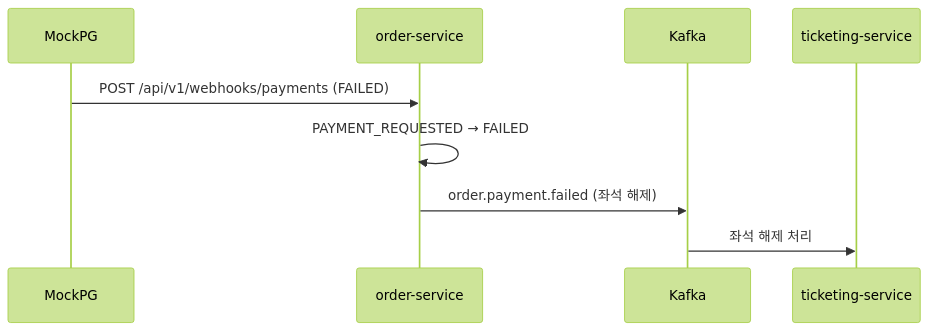
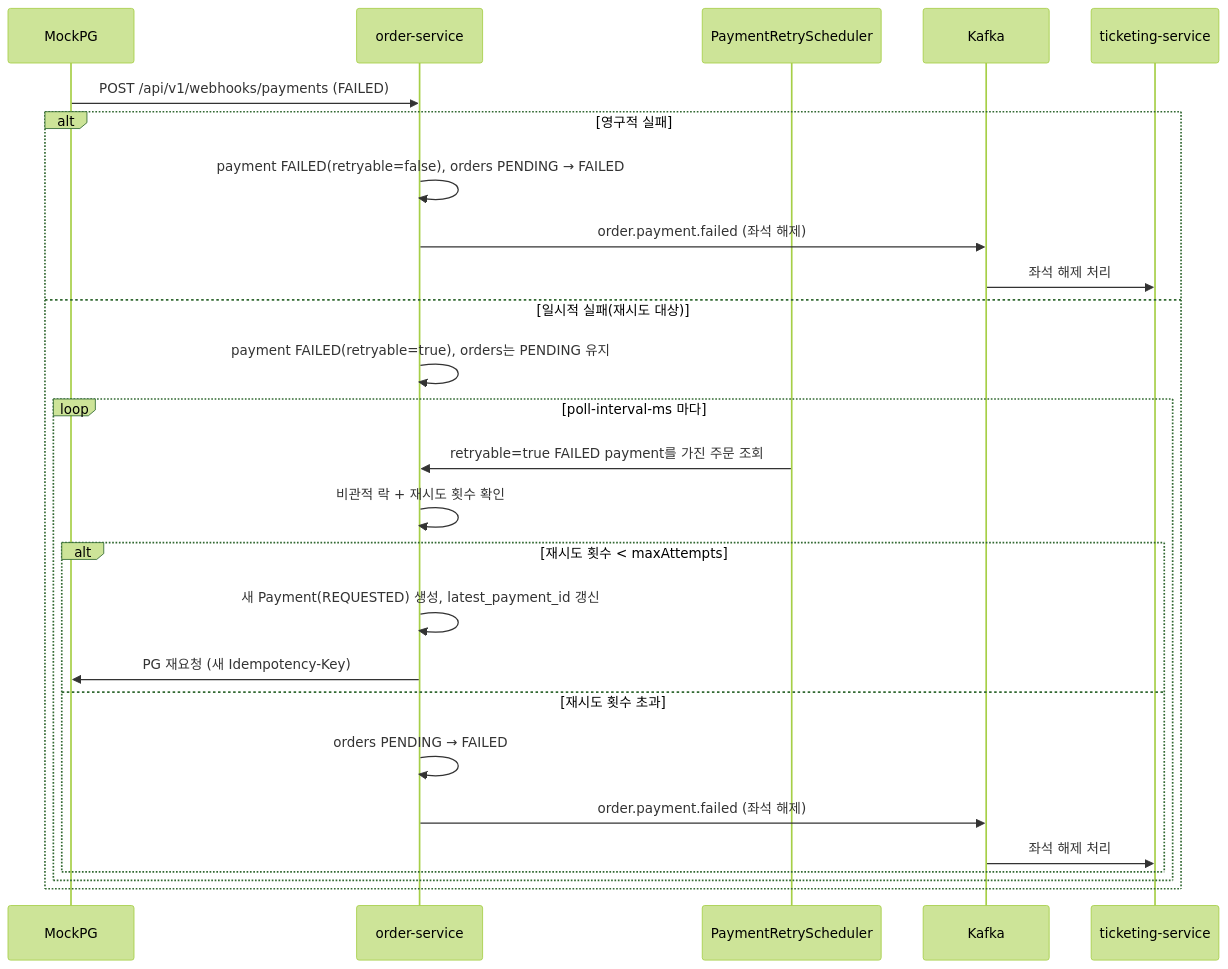
Before and after one commit to 6pm-sparta/6pm: the fifth of 8 diagrams in docs/order-service/flows.md, drawn with Mermaid (forest theme). The commit also changed other lines of this file and 12 other files, not shown here.

````diff
--- a/docs/order-service/flows.md
+++ b/docs/order-service/flows.md
@@ -191,12 +193,30 @@
 ```mermaid
 sequenceDiagram
     participant PG as MockPG
     participant O as order-service
+    participant S as PaymentRetryScheduler
     participant K as Kafka
     participant T as ticketing-service
 
     PG->>O: POST /api/v1/webhooks/payments (FAILED)
-    O->>O: PAYMENT_REQUESTED → FAILED
-    O->>K: order.payment.failed (좌석 해제)
-    K->>T: 좌석 해제 처리
+    alt 영구적 실패
+        O->>O: payment FAILED(retryable=false), orders PENDING → FAILED
+        O->>K: order.payment.failed (좌석 해제)
+        K->>T: 좌석 해제 처리
+    else 일시적 실패(재시도 대상)
+        O->>O: payment FAILED(retryable=true), orders는 PENDING 유지
+
+        loop poll-interval-ms 마다
+            S->>O: retryable=true FAILED payment를 가진 주문 조회
+            O->>O: 비관적 락 + 재시도 횟수 확인
+            alt 재시도 횟수 < maxAttempts
+                O->>O: 새 Payment(REQUESTED) 생성, latest_payment_id 갱신
+                O->>PG: PG 재요청 (새 Idempotency-Key)
+            else 재시도 횟수 초과
+                O->>O: orders PENDING → FAILED
+                O->>K: order.payment.failed (좌석 해제)
+                K->>T: 좌석 해제 처리
+            end
+        end
+    end
 ```
````
